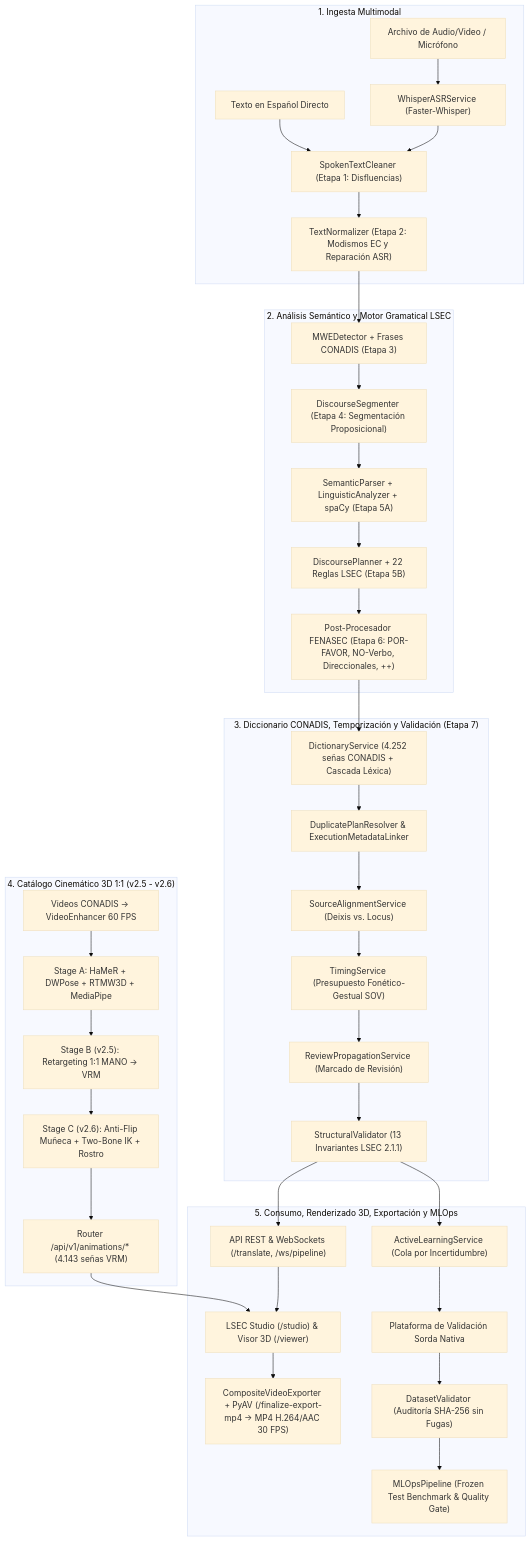
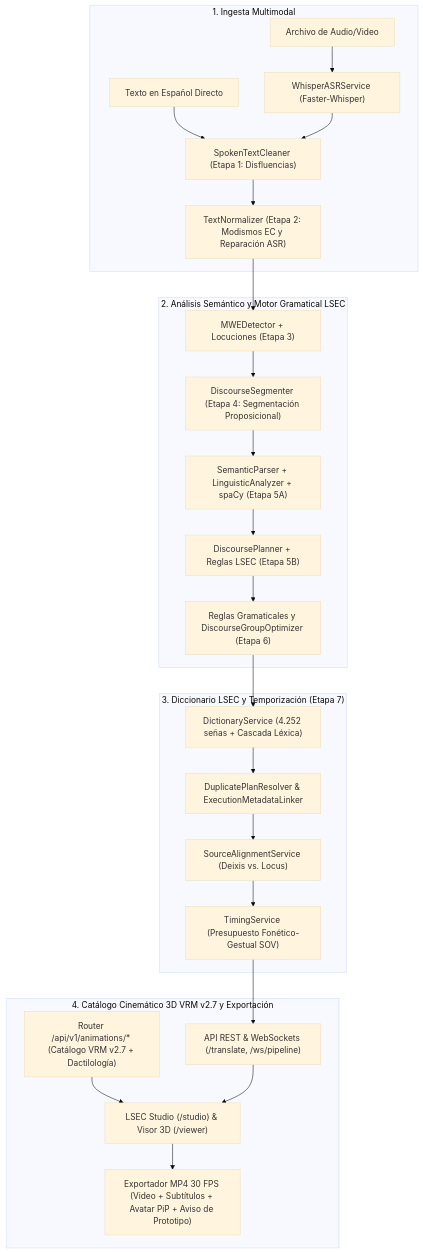
Before and after one commit to BrandonVol3/lsec-translator: the diagram in docs/DESCRIPCION_TECNOLOGIAS_Y_FUNCIONES_DEL_SISTEMA.md, drawn with Mermaid (base theme). The commit also changed other lines of this file and 121 other files, not shown here.

Commit message:
feat(release): v1.0-prototipo-academico — posicionamiento académico, licencia, avisos en exportación MP4, DiscourseGroupOptimizer y documentación pública

````diff
--- a/docs/DESCRIPCION_TECNOLOGIAS_Y_FUNCIONES_DEL_SISTEMA.md
+++ b/docs/DESCRIPCION_TECNOLOGIAS_Y_FUNCIONES_DEL_SISTEMA.md
@@ -76,44 +72,31 @@
 ```mermaid
 graph TD
     subgraph INGESTION["1. Ingesta Multimodal"]
-        AudioIn["Archivo de Audio/Video / Micrófono"] --> WhisperASR["WhisperASRService (Faster-Whisper)"]
+        AudioIn["Archivo de Audio/Video"] --> WhisperASR["WhisperASRService (Faster-Whisper)"]
         TextIn["Texto en Español Directo"] --> Cleaner["SpokenTextCleaner (Etapa 1: Disfluencias)"]
         WhisperASR --> Cleaner
         Cleaner --> Normalizer["TextNormalizer (Etapa 2: Modismos EC y Reparación ASR)"]
     end
 
     subgraph SEMANTIC_ANALYSIS["2. Análisis Semántico y Motor Gramatical LSEC"]
-        Normalizer --> MWE["MWEDetector + Frases CONADIS (Etapa 3)"]
+        Normalizer --> MWE["MWEDetector + Locuciones (Etapa 3)"]
         MWE --> Segmenter["DiscourseSegmenter (Etapa 4: Segmentación Proposicional)"]
         Segmenter --> SemanticParser["SemanticParser + LinguisticAnalyzer + spaCy (Etapa 5A)"]
-        SemanticParser --> DiscoursePlanner["DiscoursePlanner + 22 Reglas LSEC (Etapa 5B)"]
-        DiscoursePlanner --> Fenasec["Post-Procesador FENASEC (Etapa 6: POR-FAVOR, NO-Verbo, Direccionales, ++)"]
+        SemanticParser --> DiscoursePlanner["DiscoursePlanner + Reglas LSEC (Etapa 5B)"]
+        DiscoursePlanner --> Fenasec["Reglas Gramaticales y DiscourseGroupOptimizer (Etapa 6)"]
     end
 
-    subgraph METADATA_TIMING["3. Diccionario CONADIS, Temporización y Validación (Etapa 7)"]
-        Fenasec --> DictService["DictionaryService (4.252 señas CONADIS + Cascada Léxica)"]
+    subgraph METADATA_TIMING["3. Diccionario LSEC y Temporización (Etapa 7)"]
+        Fenasec --> DictService["DictionaryService (4.252 señas + Cascada Léxica)"]
         DictService --> DupResolver["DuplicatePlanResolver & ExecutionMetadataLinker"]
         DupResolver --> Alignment["SourceAlignmentService (Deixis vs. Locus)"]
         Alignment --> Timing["TimingService (Presupuesto Fonético-Gestual SOV)"]
-        Timing --> ReviewService["ReviewPropagationService (Marcado de Revisión)"]
-        ReviewService --> Validator["StructuralValidator (13 Invariantes LSEC 2.1.1)"]
     end
 
-    subgraph ANIMATION_PIPELINE["4. Catálogo Cinemático 3D 1:1 (v2.5 - v2.6)"]
-        RawVids["Videos CONADIS -> VideoEnhancer 60 FPS"] --> StageA["Stage A: HaMeR + DWPose + RTMW3D + MediaPipe"]
-        StageA --> StageB["Stage B (v2.5): Retargeting 1:1 MANO -> VRM"]
-        StageB --> StageC["Stage C (v2.6): Anti-Flip Muñeca + Two-Bone IK + Rostro"]
-        StageC --> AnimRouter["Router /api/v1/animations/* (4.143 señas VRM)"]
-    end
-
-    subgraph OUTPUT_MLOPS["5. Consumo, Renderizado 3D, Exportación y MLOps"]
-        Validator --> REST_WS["API REST & WebSockets (/translate, /ws/pipeline)"]
-        AnimRouter --> StudioUI["LSEC Studio (/studio) & Visor 3D (/viewer)"]
+    subgraph ANIMATION_OUTPUT["4. Catálogo Cinemático 3D VRM v2.7 y Exportación"]
+        Timing --> REST_WS["API REST & WebSockets (/translate, /ws/pipeline)"]
+        AnimRouter["Router /api/v1/animations/* (Catálogo VRM v2.7 + Dactilología)"] --> StudioUI["LSEC Studio (/studio) & Visor 3D (/viewer)"]
         REST_WS --> StudioUI
-        StudioUI --> VideoExport["CompositeVideoExporter + PyAV (/finalize-export-mp4 -> MP4 H.264/AAC 30 FPS)"]
-        Validator --> ActiveLearn["ActiveLearningService (Cola por Incertidumbre)"]
-        ActiveLearn --> AnnotationPlatform["Plataforma de Validación Sorda Nativa"]
-        AnnotationPlatform --> DatasetVal["DatasetValidator (Auditoría SHA-256 sin Fugas)"]
-        DatasetVal --> MLOpsGate["MLOpsPipeline (Frozen Test Benchmark & Quality Gate)"]
+        StudioUI --> VideoExport["Exportador MP4 30 FPS (Video + Subtítulos + Avatar PiP + Aviso de Prototipo)"]
     end
 ```
````
